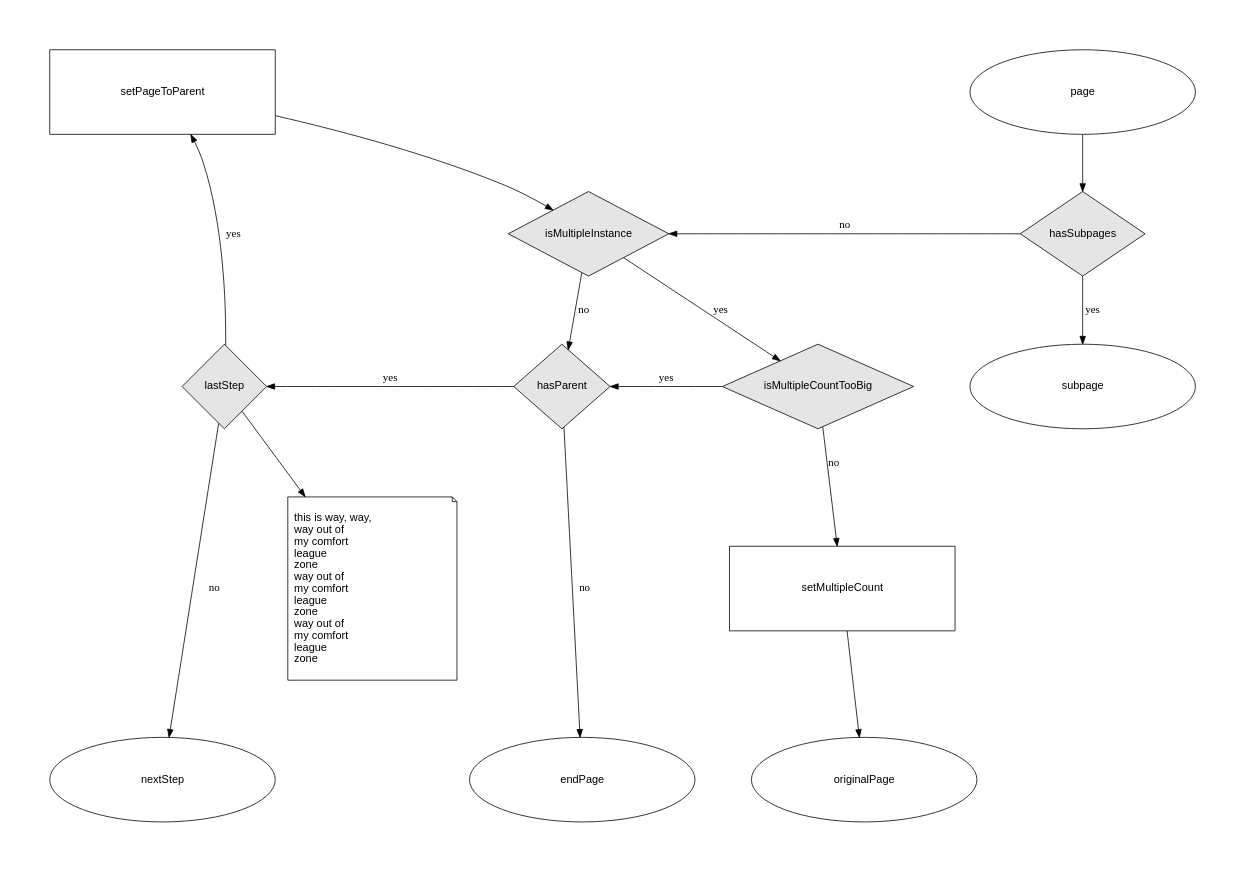
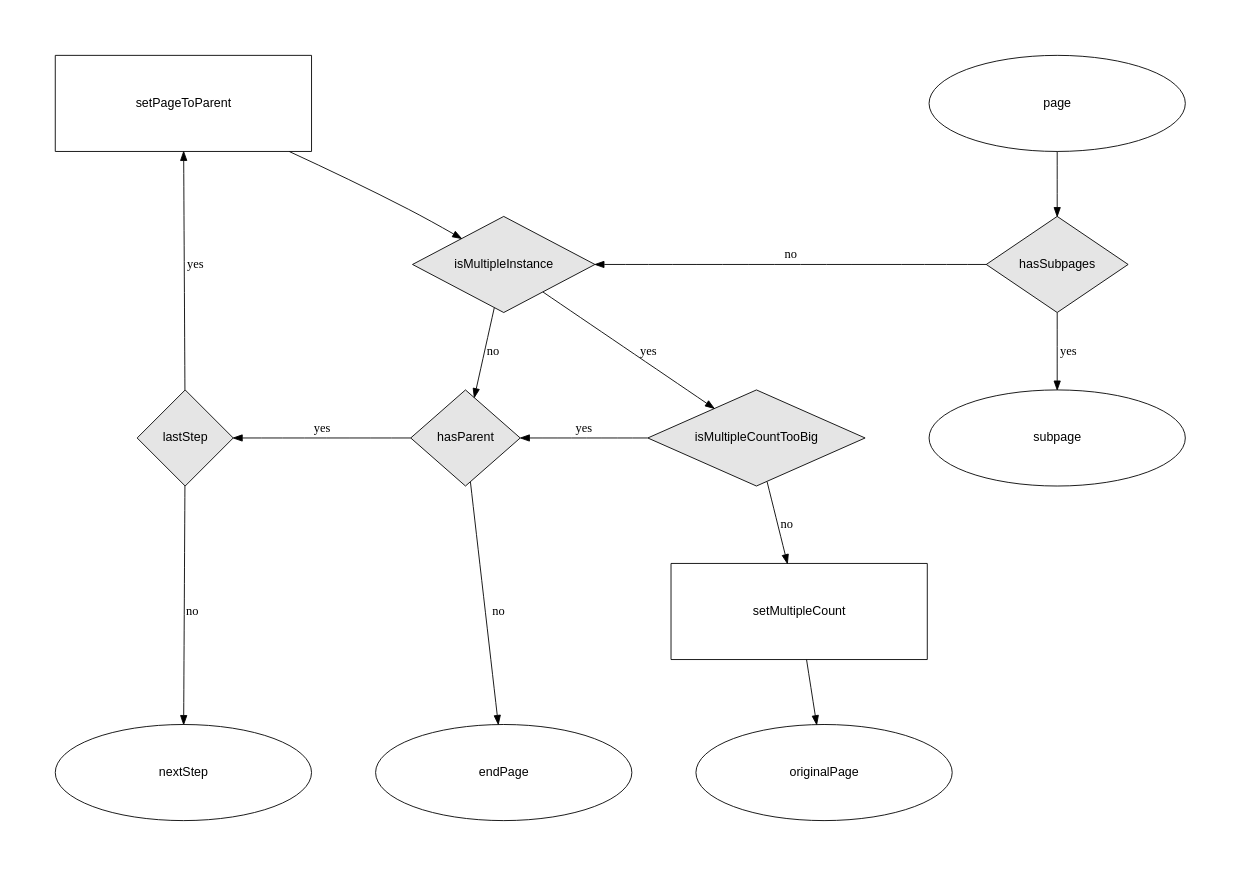
The diagram in documentation/overview/flow/page-flow.dot (ministryofjustice/fb-specification), drawn with Graphviz before and after one commit. The commit also changed 12 other files, not shown here.

Commit message:
Remove bogus schemas

```diff
--- a/documentation/overview/flow/page-flow.dot
+++ b/documentation/overview/flow/page-flow.dot
@@ -1,87 +1,87 @@
 digraph {
   newrank=true;
   size = "20,10";
   #splines=polyline;
   graph [pad="0.5", ranksep="1", nodesep="1"]
   node [fontname = "helvetica", width=3, fillcolor = white, fontcolor=black, xfixedsize=true]
-   node [shape=note]
-   yah [label="\lthis is way, way, \lway out of \lmy comfort \lleague \lzone \lway out of \lmy comfort \lleague \lzone \lway out of \lmy comfort \lleague \l zone \l "]
+  # node [shape=note]
+  # yah [label="\lthis is way, way, \lway out of \lmy comfort \lleague \lzone \lway out of \lmy comfort \lleague \lzone \lway out of \lmy comfort \lleague \l zone \l "]
 
   node [width=4, height=1.5]
   node [shape = box];
   setMultipleCount
   setPageToParent
 
   node [shape = ellipse];
   page
   subpage
   originalPage
   endPage
   nextStep
 
   node [shape=trapezium]
 
   node [shape = diamond, style = filled, fillcolor = gray90, fontcolor=black, width=1.5];
   hasSubpages
   isMultipleInstance
   isMultipleCountTooBig
   hasParent
   lastStep
 
 
   page -> hasSubpages
   hasSubpages -> subpage [label = "yes"]
   hasSubpages -> isMultipleInstance [label = "no"]
   isMultipleInstance -> isMultipleCountTooBig [label = "yes"]
   isMultipleCountTooBig -> setMultipleCount [label = "no"]
   setMultipleCount -> originalPage
   isMultipleInstance -> hasParent [label = "no"]
   isMultipleCountTooBig -> hasParent [label = "yes"]
   hasParent -> endPage [label = "no"]
   hasParent -> lastStep [label = "yes"]
   lastStep -> nextStep [label = "no"]
   lastStep -> setPageToParent [label = "yes"]
   setPageToParent -> isMultipleInstance
 
-lastStep -> yah
+// lastStep -> yah
   subgraph cluster_a {
     style=invis;
     page;
     hasSubpages;
     subpage;
   }
   subgraph cluster_b {
     style=invis;
     isMultipleInstance;
     hasParent;
     endPage;
   }
   subgraph cluster_c {
     style=invis;
     lastStep;
     setPageToParent;
     nextStep;
   }
   {
     rank=same;
     hasSubpages;
     isMultipleInstance;
   }
   {
     rank=same;
     hasParent;
     isMultipleCountTooBig;
     lastStep;
   }
   {
     rank=same;
     nextStep;
     endPage;
     originalPage;
   }
   #{
   #  rank=same;
   #  isMultipleInstance;
   #  isMultipleCountTooBig;
   #}
 }
```
